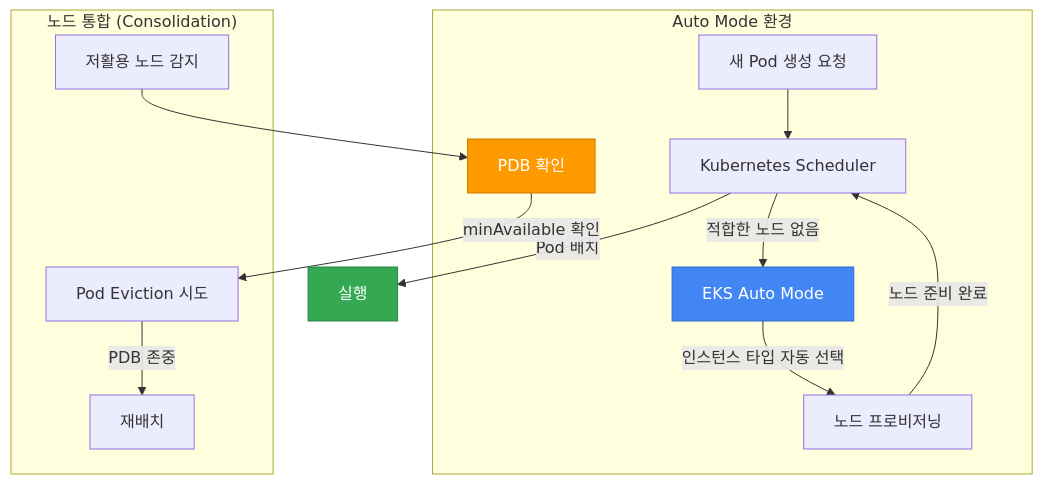
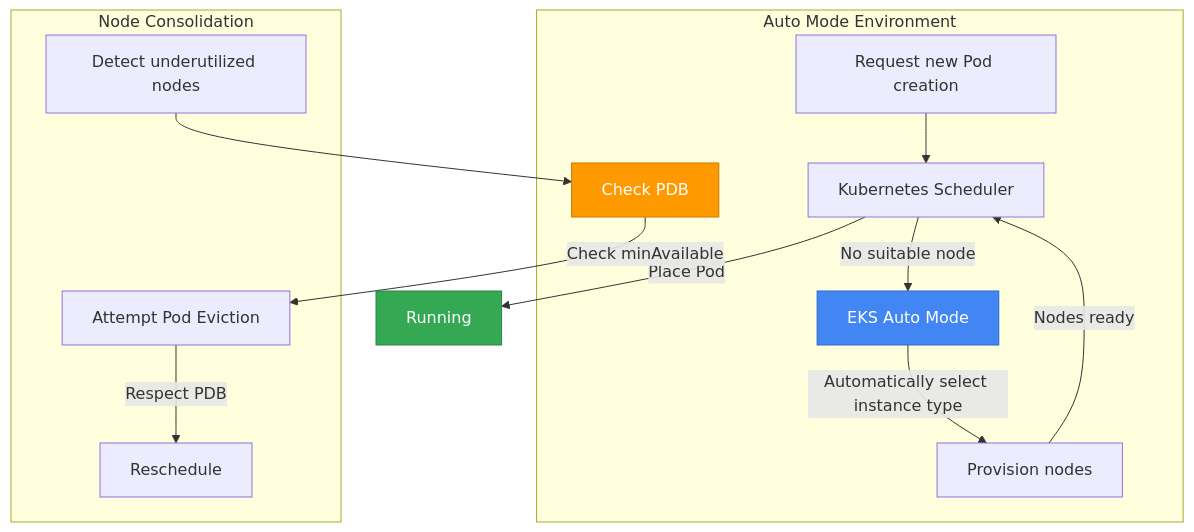
Before and after one commit to devfloor9/engineering-playbook: the eighth of 12 diagrams in docs/eks-best-practices/operations-reliability/eks-pod-scheduling-availability.md, drawn with Mermaid. The commit also changed other lines of this file and 954 other files, not shown here.

````diff
--- a/docs/eks-best-practices/operations-reliability/eks-pod-scheduling-availability.md
+++ b/docs/eks-best-practices/operations-reliability/eks-pod-scheduling-availability.md
@@ -4372,28 +4379,28 @@
 ```mermaid
 flowchart TB
-    subgraph "Auto Mode 환경"
-        POD[새 Pod 생성 요청]
+    subgraph "Auto Mode Environment"
+        POD[Request new Pod creation]
         AUTOMODE[EKS Auto Mode]
         SCHEDULE[Kubernetes Scheduler]
-        NODE[노드 프로비저닝]
-        PDB[PDB 확인]
+        NODE[Provision nodes]
+        PDB[Check PDB]
     end
 
     POD --> SCHEDULE
-    SCHEDULE -->|적합한 노드 없음| AUTOMODE
-    AUTOMODE -->|인스턴스 타입 자동 선택| NODE
-    NODE -->|노드 준비 완료| SCHEDULE
-    SCHEDULE -->|Pod 배치| DONE[실행]
+    SCHEDULE -->|No suitable node| AUTOMODE
+    AUTOMODE -->|Automatically select instance type| NODE
+    NODE -->|Nodes ready| SCHEDULE
+    SCHEDULE -->|Place Pod| DONE[Running]
 
-    subgraph "노드 통합 (Consolidation)"
-        UNDERUTIL[저활용 노드 감지]
-        EVICT[Pod Eviction 시도]
+    subgraph "Node Consolidation"
+        UNDERUTIL[Detect underutilized nodes]
+        EVICT[Attempt Pod Eviction]
         UNDERUTIL --> PDB
-        PDB -->|minAvailable 확인| EVICT
-        EVICT -->|PDB 존중| REBALANCE[재배치]
+        PDB -->|Check minAvailable| EVICT
+        EVICT -->|Respect PDB| REBALANCE[Reschedule]
     end
 
     style AUTOMODE fill:#4286f4,stroke:#2a6acf,color:#fff
     style PDB fill:#ff9900,stroke:#cc7a00,color:#fff
     style DONE fill:#34a853,stroke:#2a8642,color:#fff
 ```
````
